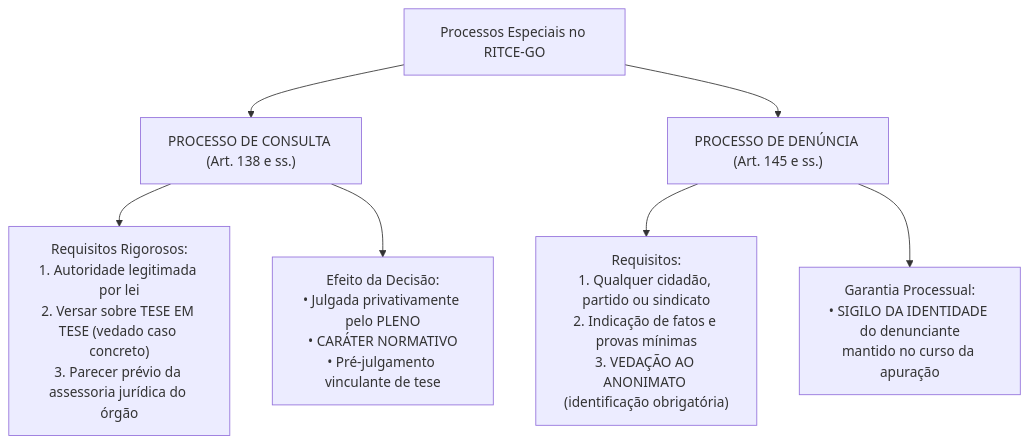
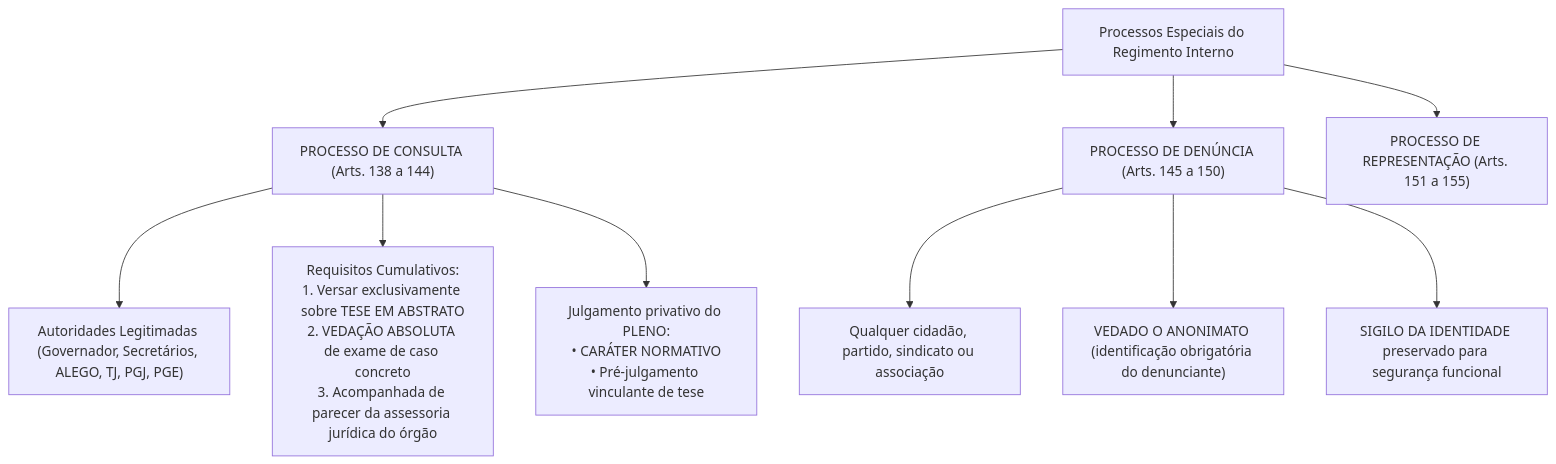
One commit to thiagosantos346/TCE-GO-2027 changed the second of 2 diagrams in fontes_de_estudo/conhecimentos_gerais/03_legislacao_institucional/03_regimento_interno_tce_go_resolucao_22_2008.md. Above: the diagram before and after it, drawn with Mermaid. The commit also changed other lines of this file and 119 other files, not shown here.

````diff
--- a/fontes_de_estudo/conhecimentos_gerais/03_legislacao_institucional/03_regimento_interno_tce_go_resolucao_22_2008.md
+++ b/fontes_de_estudo/conhecimentos_gerais/03_legislacao_institucional/03_regimento_interno_tce_go_resolucao_22_2008.md
@@ -180,13 +172,16 @@
 ```mermaid
 graph TD
-    ProcessosEspeciais[Processos Especiais no RITCE-GO]
+    ProcessosEspeciais["Processos Especiais do Regimento Interno"]
     
-    ProcessosEspeciais --> Consulta["PROCESSO DE CONSULTA (Art. 138 e ss.)"]
-    ProcessosEspeciais --> Denuncia["PROCESSO DE DENÚNCIA (Art. 145 e ss.)"]
+    ProcessosEspeciais --> Consulta["PROCESSO DE CONSULTA (Arts. 138 a 144)"]
+    ProcessosEspeciais --> Denuncia["PROCESSO DE DENÚNCIA (Arts. 145 a 150)"]
+    ProcessosEspeciais --> Repres["PROCESSO DE REPRESENTAÇÃO (Arts. 151 a 155)"]
     
-    Consulta --> ConReq["Requisitos Rigorosos:<br/>1. Autoridade legitimada por lei<br/>2. Versar sobre TESE EM TESE (vedado caso concreto)<br/>3. Parecer prévio da assessoria jurídica do órgão"]
-    Consulta --> ConEfeito["Efeito da Decisão:<br/>• Julgada privativamente pelo PLENO<br/>• CARÁTER NORMATIVO<br/>• Pré-julgamento vinculante de tese"]
+    Consulta --> ConLeg["Autoridades Legitimadas (Governador, Secretários, ALEGO, TJ, PGJ, PGE)"]
+    Consulta --> ConReq["Requisitos Cumulativos:<br/>1. Versar exclusivamente sobre TESE EM ABSTRATO<br/>2. VEDAÇÃO ABSOLUTA de exame de caso concreto<br/>3. Acompanhada de parecer da assessoria jurídica do órgão"]
+    Consulta --> ConEfeito["Julgamento privativo do PLENO:<br/>• CARÁTER NORMATIVO<br/>• Pré-julgamento vinculante de tese"]
     
-    Denuncia --> DenReq["Requisitos:<br/>1. Qualquer cidadão, partido ou sindicato<br/>2. Indicação de fatos e provas mínimas<br/>3. VEDAÇÃO AO ANONIMATO (identificação obrigatória)"]
-    Denuncia --> DenSigilo["Garantia Processual:<br/>• SIGILO DA IDENTIDADE do denunciante<br/>mantido no curso da apuração"]
+    Denuncia --> DenLeg["Qualquer cidadão, partido, sindicato ou associação"]
+    Denuncia --> DenAnon["VEDADO O ANONIMATO (identificação obrigatória do denunciante)"]
+    Denuncia --> DenSig["SIGILO DA IDENTIDADE preservado para segurança funcional"]
 ```
````
